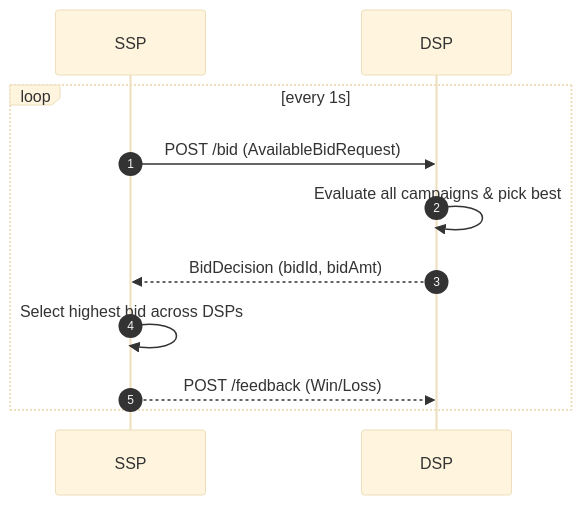
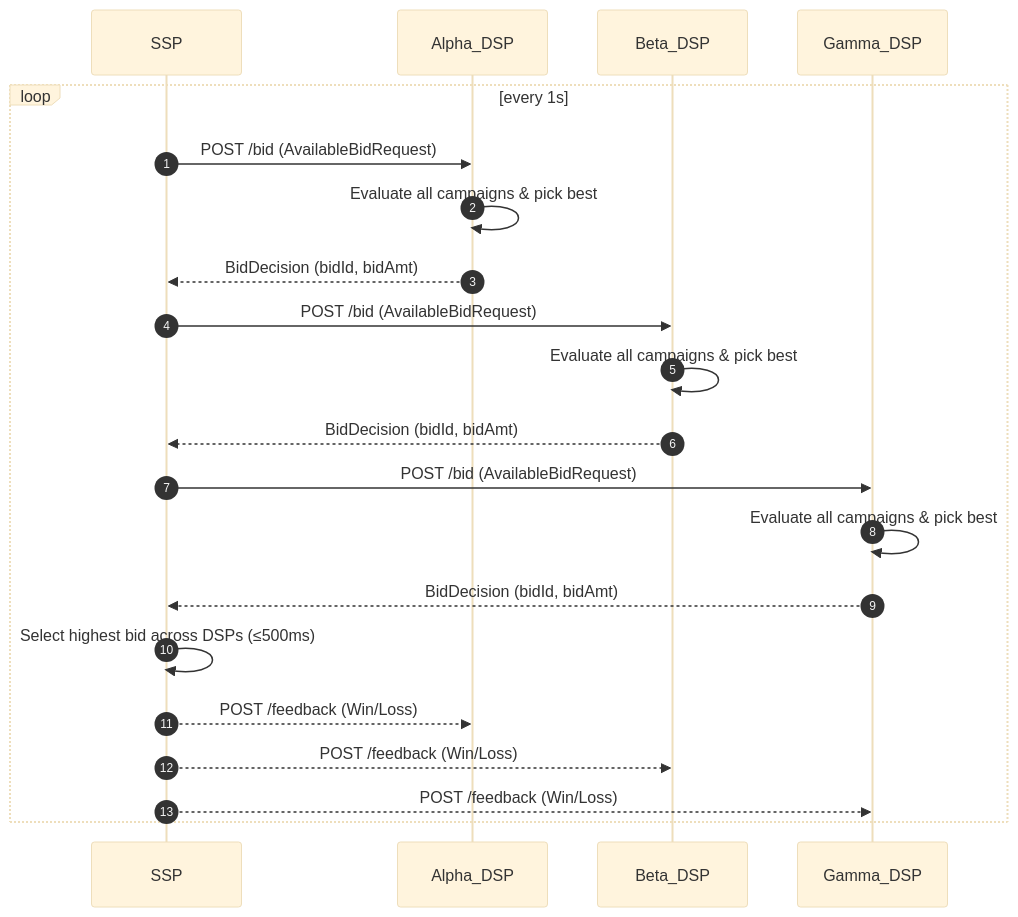
Before and after one commit to NeoHW/mini-dsp: the diagram in README.md, drawn with Mermaid (base theme). The commit also changed other lines of this file and 94 other files, not shown here.

````diff
--- a/README.md
+++ b/README.md
@@ -9,13 +11,28 @@
 ```mermaid
 sequenceDiagram
     autonumber
     loop every 1s
         participant SSP
-        participant DSP
-        SSP->>DSP: POST /bid (AvailableBidRequest)
-        DSP->>DSP: Evaluate all campaigns & pick best
-        DSP-->>SSP: BidDecision (bidId, bidAmt)
-        SSP->>SSP: Select highest bid across DSPs
-        SSP-->>DSP: POST /feedback (Win/Loss)
+        participant Alpha_DSP
+        participant Beta_DSP
+        participant Gamma_DSP
+
+        SSP->>Alpha_DSP: POST /bid (AvailableBidRequest)
+        Alpha_DSP->>Alpha_DSP: Evaluate all campaigns & pick best
+        Alpha_DSP-->>SSP: BidDecision (bidId, bidAmt)
+
+        SSP->>Beta_DSP: POST /bid (AvailableBidRequest)
+        Beta_DSP->>Beta_DSP: Evaluate all campaigns & pick best
+        Beta_DSP-->>SSP: BidDecision (bidId, bidAmt)
+
+        SSP->>Gamma_DSP: POST /bid (AvailableBidRequest)
+        Gamma_DSP->>Gamma_DSP: Evaluate all campaigns & pick best
+        Gamma_DSP-->>SSP: BidDecision (bidId, bidAmt)
+
+        SSP->>SSP: Select highest bid across DSPs (≤500ms)
+
+        SSP-->>Alpha_DSP: POST /feedback (Win/Loss)
+        SSP-->>Beta_DSP: POST /feedback (Win/Loss)
+        SSP-->>Gamma_DSP: POST /feedback (Win/Loss)
     end
 ```
````
